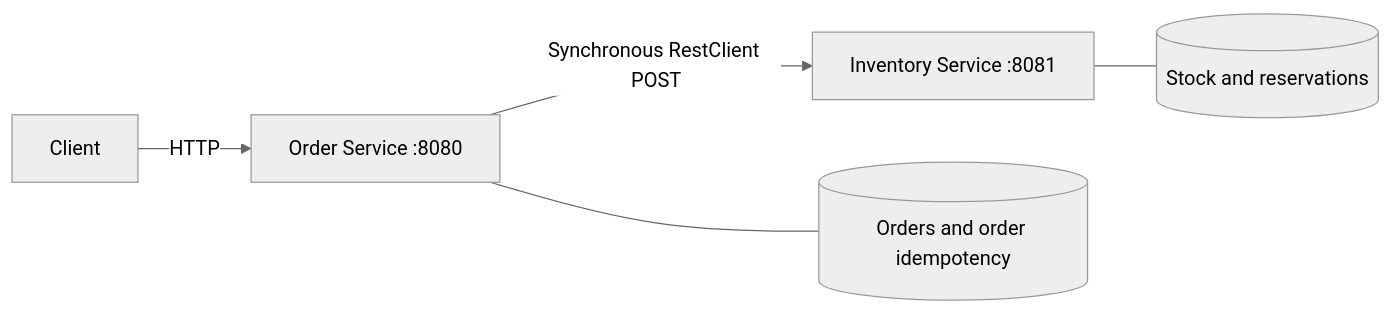
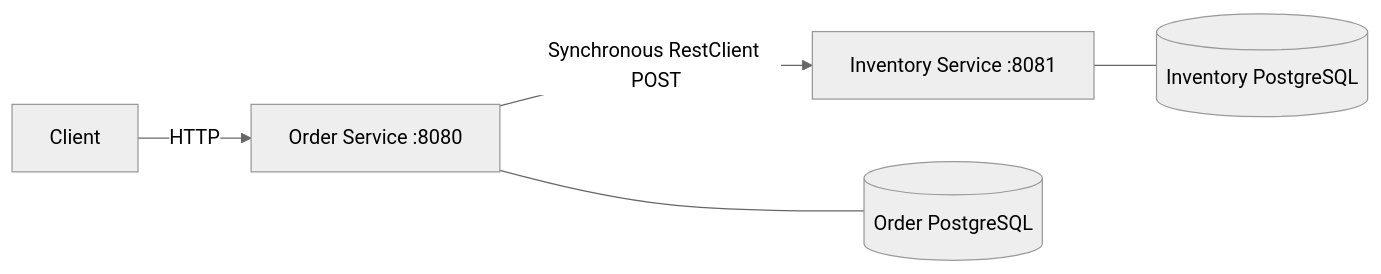
Before and after one commit to Harsha-T-G/Spring-Microservices: the diagram in docs/diagrams/services.mmd, drawn with Mermaid (neutral theme). The commit also changed 51 other files, not shown here.

Commit message:
feat: persist orders and inventory with PostgreSQL and Flyway

```diff
--- a/docs/diagrams/services.mmd
+++ b/docs/diagrams/services.mmd
@@ -1,5 +1,5 @@
 flowchart LR
     C[Client] -->|HTTP| O[Order Service :8080]
     O -->|Synchronous RestClient POST| I[Inventory Service :8081]
-    O --- OD[(Orders and order idempotency)]
-    I --- ID[(Stock and reservations)]
+    O --- OD[(Order PostgreSQL)]
+    I --- ID[(Inventory PostgreSQL)]
```
